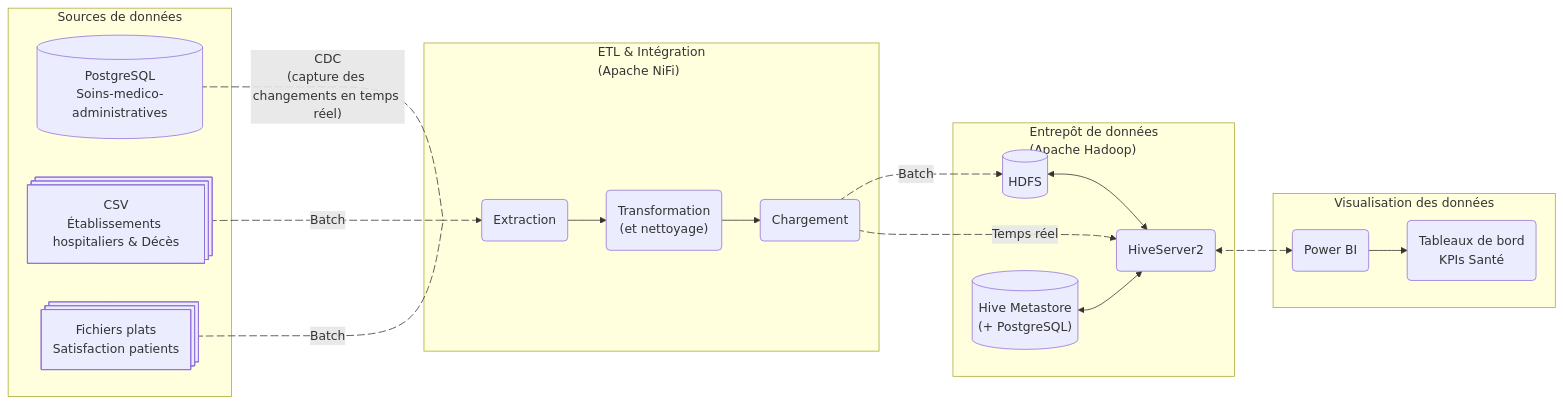
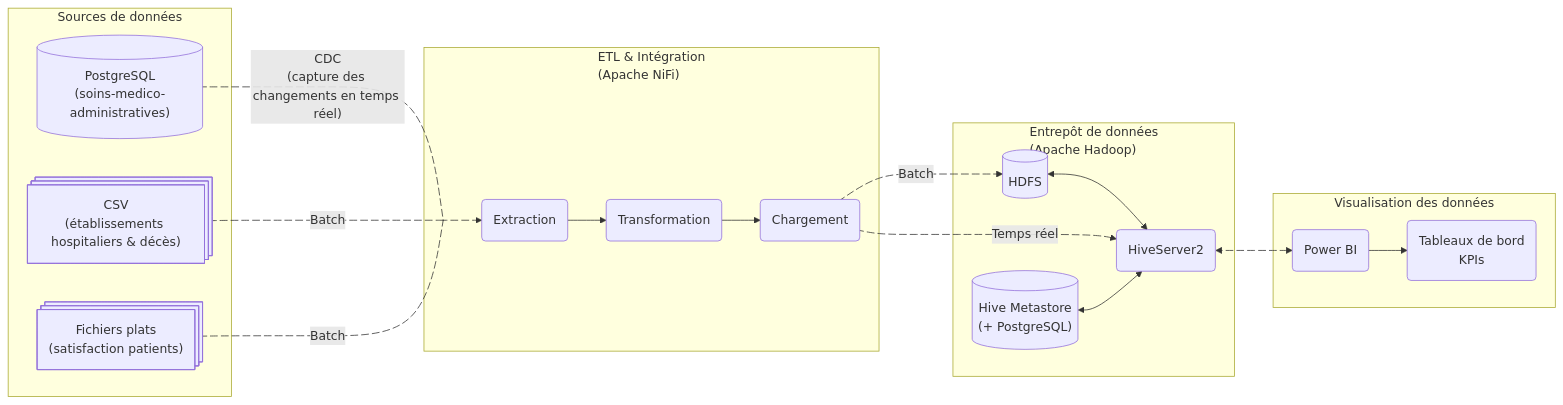
The first of 2 diagrams in README.md (paulin-dev/CESI-BigData), drawn with Mermaid before and after one commit.

Commit message:
Update labels in README for consistency

````diff
--- a/README.md
+++ b/README.md
@@ -7,54 +7,54 @@
 ```mermaid
 flowchart LR
 
   %% Style
   classDef empty width:0,height:0;
 
   %% Sources de données brutes
   subgraph Sources["Sources de données"]
-    A1[("PostgreSQL<br>Soins-medico-administratives")]
-    A2@{ shape: processes, label: "CSV<br>Établissements hospitaliers & Décès"}
-    A3@{ shape: processes, label: "Fichiers plats<br>Satisfaction patients"}
+    A1[("PostgreSQL<br>(soins-medico-administratives)")]
+    A2@{ shape: processes, label: "CSV<br>(établissements hospitaliers & décès)"}
+    A3@{ shape: processes, label: "Fichiers plats<br>(satisfaction patients)"}
   end
   
   %% Ingestion/Intégration
   subgraph ETL["ETL & Intégration<br>(Apache NiFi)"]
     N0[ ]:::empty
     N1("Extraction")
-    N2("Transformation<br>(et nettoyage)")
+    N2("Transformation")
     N3("Chargement")
   end
   
   %% Stockage / Data Warehouse
   subgraph Hadoop["Entrepôt de données<br>(Apache Hadoop)"]
     H1[("HDFS")]
     H2[("Hive Metastore<br>(+ PostgreSQL)")]
     H3("HiveServer2")
     %%H4[(Hue - Interface Web)]
   end
   
   %% Analyse / Visualisation
   subgraph BI["Visualisation des données "]
     B1(Power BI)
-    B2(Tableaux de bord<br>KPIs Santé)
+    B2(Tableaux de bord<br>KPIs)
   end
   
   %% Relations
   A1 e1@--- |"CDC<br>(capture des changements en temps réel)"| N0
   A2 e2@--- |"Batch"| N0
   A3 e3@--- |"Batch"| N0
   N0 e4@--> N1 --> N2 --> N3 e5@--> |"Batch"| H1 <--> H3
   N3 e6@--> |"Temps réel"| H3
   H3 e7@<--> B1 --> B2
   H2 <--> H3
   %%H4 --> H3
 
   %% Animations
   e1@{ animation: slow }
   e2@{ animation: slow }
   e3@{ animation: slow }
   e4@{ animation: slow }
   e5@{ animation: slow }
   e6@{ animation: slow }
   e7@{ animation: slow }
 ```
````
